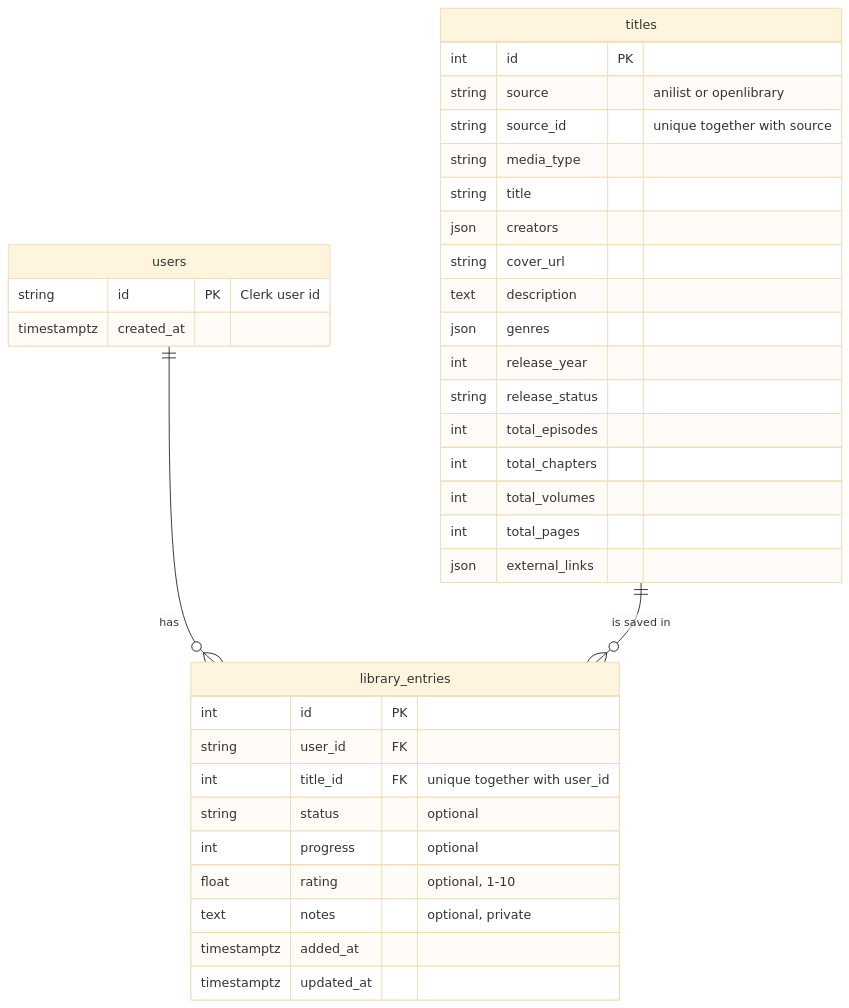
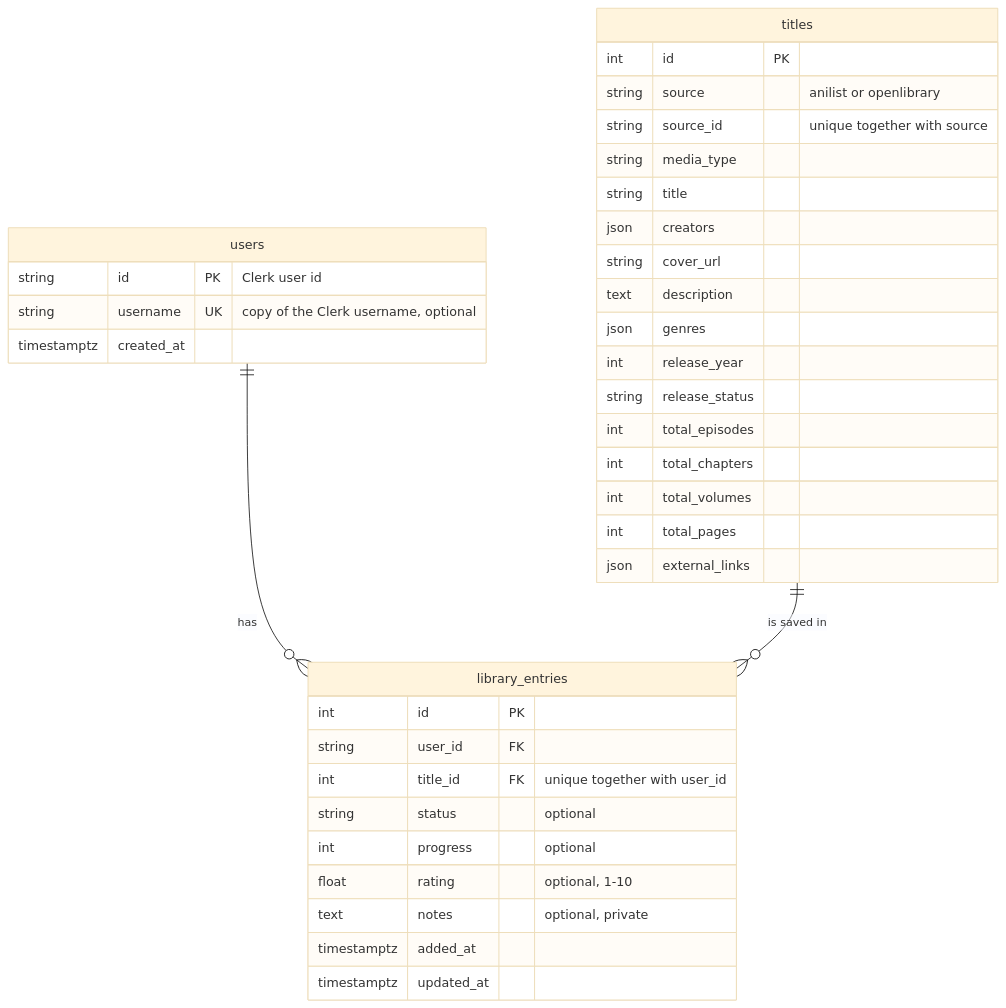
Before and after one commit to obich1/WagaShelf: the third of 3 diagrams in docs/architecture.md, drawn with Mermaid (base theme). The commit also changed 4 other files, not shown here.

````diff
--- a/docs/architecture.md
+++ b/docs/architecture.md
@@ -66,39 +66,40 @@
 ```mermaid
 erDiagram
     users ||--o{ library_entries : "has"
     titles ||--o{ library_entries : "is saved in"
 
     users {
         string id PK "Clerk user id"
+        string username UK "copy of the Clerk username, optional"
         timestamptz created_at
     }
     titles {
         int id PK
         string source "anilist or openlibrary"
         string source_id "unique together with source"
         string media_type
         string title
         json creators
         string cover_url
         text description
         json genres
         int release_year
         string release_status
         int total_episodes
         int total_chapters
         int total_volumes
         int total_pages
         json external_links
     }
     library_entries {
         int id PK
         string user_id FK
         int title_id FK "unique together with user_id"
         string status "optional"
         int progress "optional"
         float rating "optional, 1-10"
         text notes "optional, private"
         timestamptz added_at
         timestamptz updated_at
     }
 ```
````
